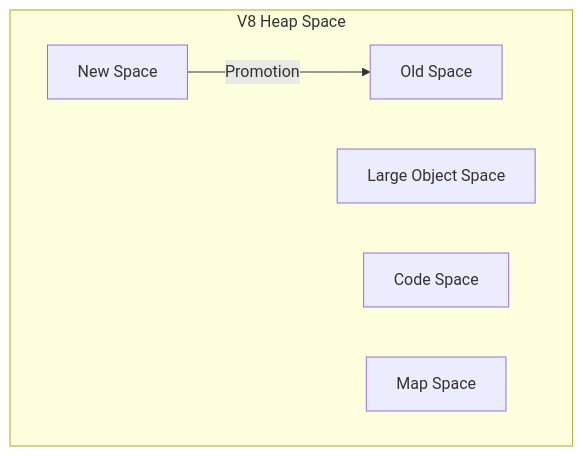
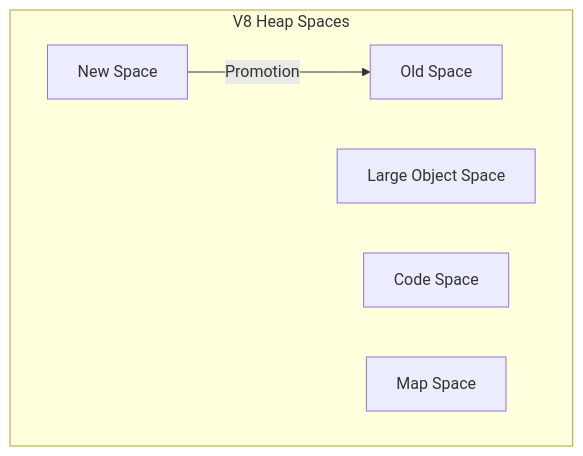
Before and after one commit to zhangshichuan/maxzhang.site: the first of 2 diagrams in articles/en/nodejs-memory-leak-mastery.mdx, drawn with Mermaid. The commit also changed other lines of this file and 4 other files, not shown here.

````diff
--- a/articles/en/nodejs-memory-leak-mastery.mdx
+++ b/articles/en/nodejs-memory-leak-mastery.mdx
@@ -21,11 +21,11 @@
 ```mermaid
 flowchart TD
-    subgraph "V8 Heap Space"
+    subgraph "V8 Heap Spaces"
         N[New Space]
         O[Old Space]
         L[Large Object Space]
         C[Code Space]
         M[Map Space]
     end
     N -->|Promotion| O
 ```
````
